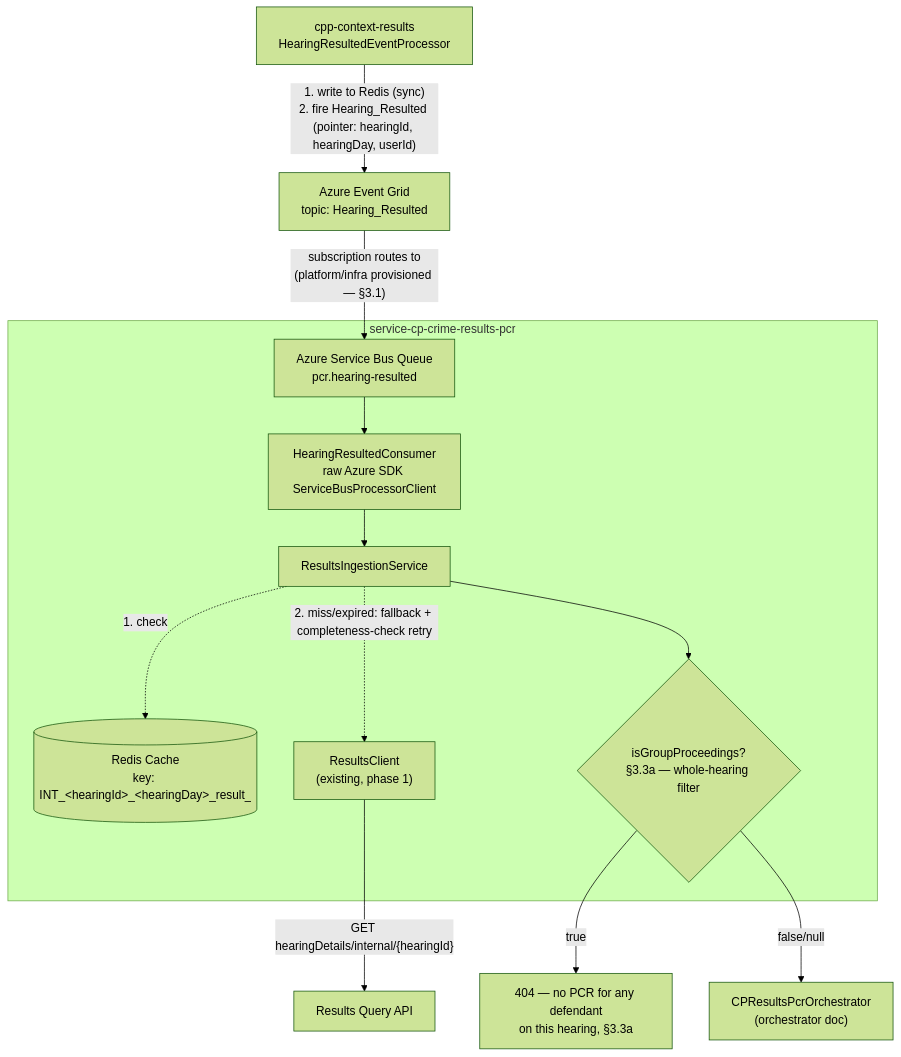
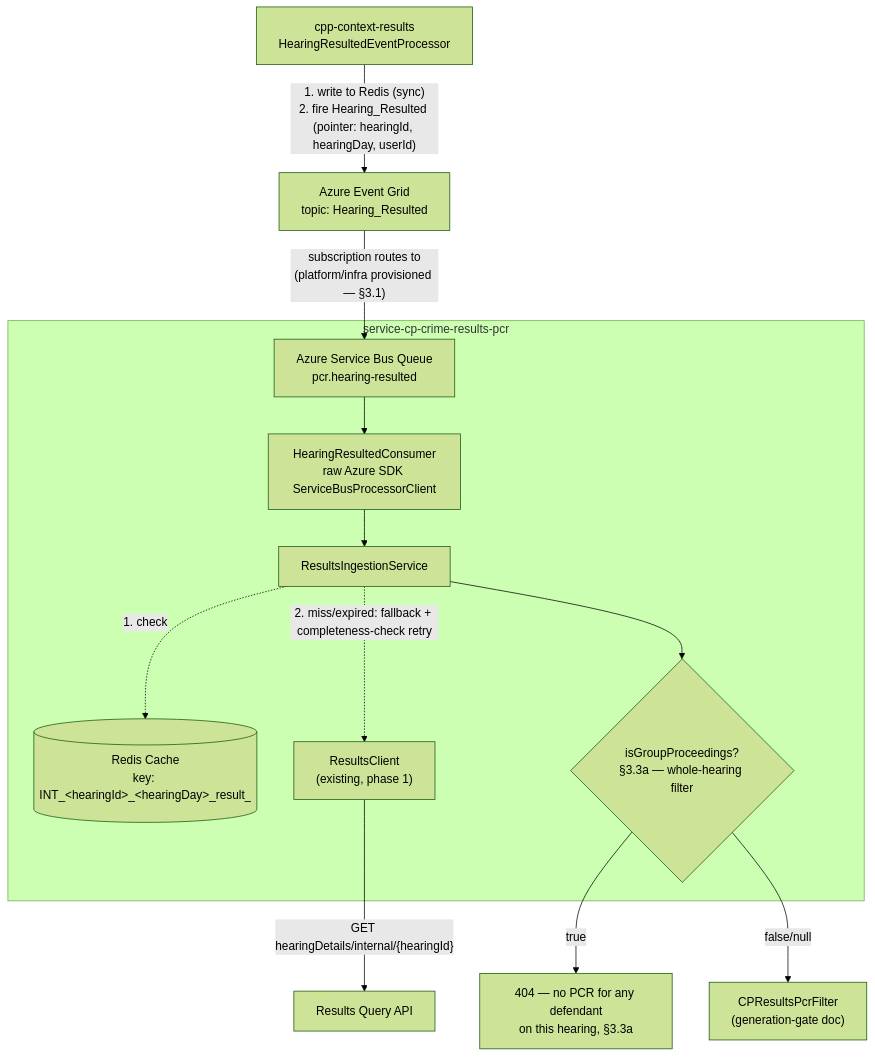
One commit to hmcts/service-cp-crime-results-pcr changed the first of 2 diagrams in docs/designs/2026-07-22-pcr-hearing-event-ingestion-design.md. Above: the diagram before and after it, drawn with Mermaid (forest theme). The commit also changed other lines of this file and 11 other files, not shown here.

````diff
--- a/docs/designs/2026-07-22-pcr-hearing-event-ingestion-design.md
+++ b/docs/designs/2026-07-22-pcr-hearing-event-ingestion-design.md
@@ -65,18 +64,18 @@
 ```mermaid
 flowchart TB
     Results["cpp-context-results<br/>HearingResultedEventProcessor"] -->|"1. write to Redis (sync)<br/>2. fire Hearing_Resulted (pointer: hearingId, hearingDay, userId)"| Grid["Azure Event Grid<br/>topic: Hearing_Resulted"]
     Grid -->|"subscription routes to<br/>(platform/infra provisioned — §3.1)"| Bus["Azure Service Bus Queue<br/>pcr.hearing-resulted"]
 
     subgraph PCR["service-cp-crime-results-pcr"]
         Bus --> Consumer["HearingResultedConsumer<br/>raw Azure SDK ServiceBusProcessorClient"]
         Consumer --> Ingestion["ResultsIngestionService"]
         Ingestion -.->|"1. check"| Redis[("Redis Cache<br/>key: INT_&lt;hearingId&gt;_&lt;hearingDay&gt;_result_")]
         Ingestion -.->|"2. miss/expired: fallback + completeness-check retry"| RQC["ResultsClient<br/>(existing, phase 1)"]
         Ingestion --> GroupCheck{"isGroupProceedings?<br/>§3.3a — whole-hearing filter"}
     end
 
     RQC -->|"GET hearingDetails/internal/{hearingId}"| ResultsAPI["Results Query API"]
 
     GroupCheck -->|"true"| NoPcr["404 — no PCR for any defendant<br/>on this hearing, §3.3a"]
-    GroupCheck -->|"false/null"| Downstream["CPResultsPcrOrchestrator<br/>(orchestrator doc)"]
+    GroupCheck -->|"false/null"| Downstream["CPResultsPcrFilter<br/>(generation-gate doc)"]
 ```
````
